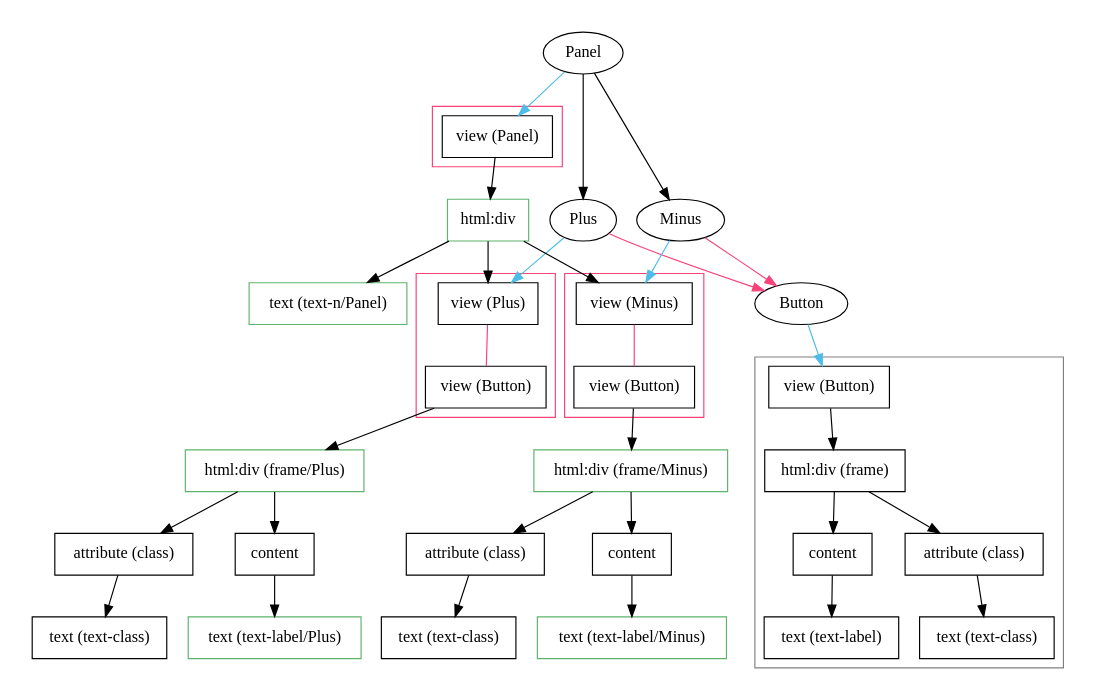
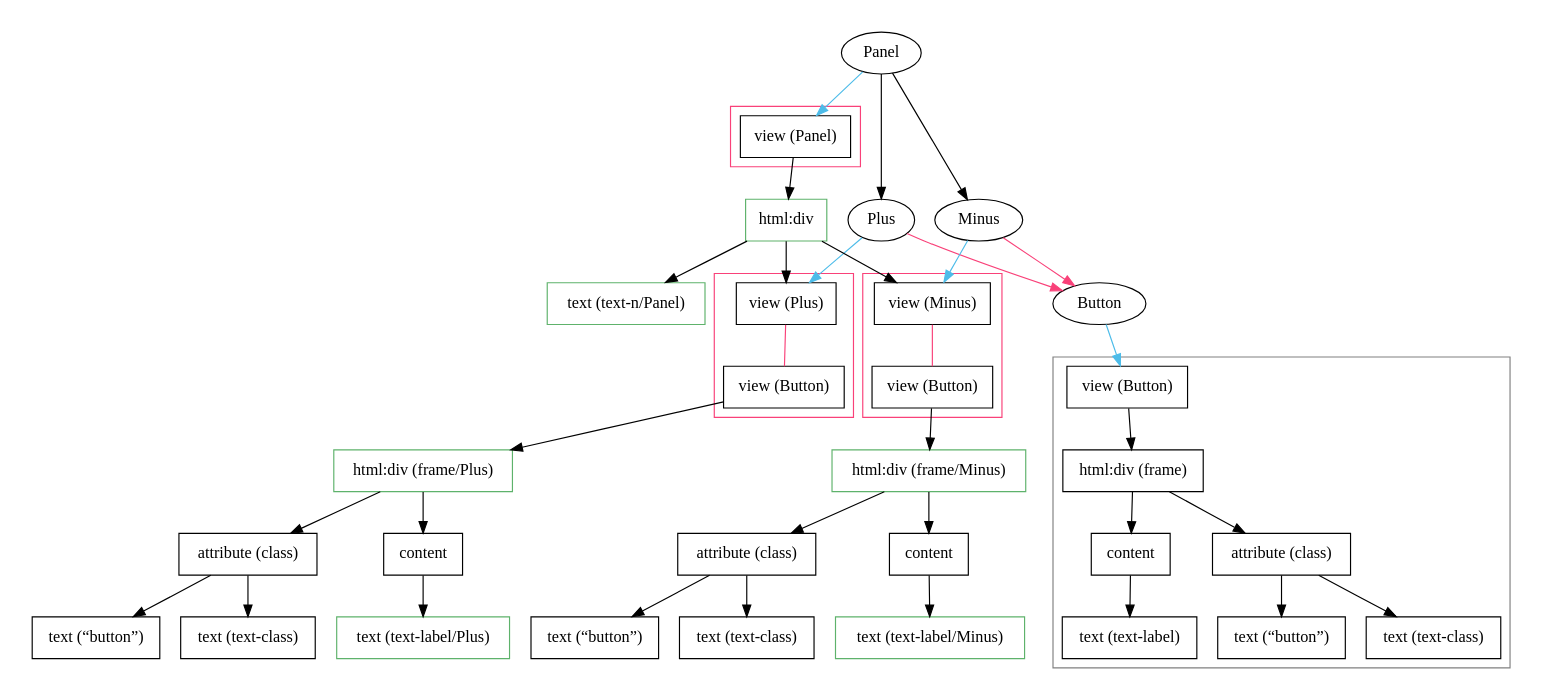
Before and after one commit to bendr/bender: the diagram in doc/fig/panel-runtime.gv, drawn with Graphviz. The commit also changed 2 other files, not shown here.

```diff
--- a/doc/fig/panel-runtime.gv
+++ b/doc/fig/panel-runtime.gv
@@ -1,85 +1,91 @@
 digraph panel {
   node [fontname="Avenir Next"];
   edge [fontname="Avenir Next"];
 
   subgraph cluster_panel {
     color="white";
     Panel [ordering=out]
     Panel -> vpanel [color="#4dbce9"]
     Panel -> Plus
     Panel -> Minus
 
     subgraph { rank=same; Plus; Minus }
 
     subgraph cluster_panel_stack { color="#f94179"; vpanel; }
     subgraph cluster_plus_stack { color="#f94179"; vplus; vbutton_; }
     subgraph cluster_minus_stack { color="#f94179"; vminus; vbutton__; }
 
     div1 [label="html:div", shape=box, color="#5eb26b"]
     vpanel [label="view (Panel)", shape=box]
     vminus [label="view (Minus)", shape=box]
     vplus [label="view (Plus)", shape=box]
     vbutton_ [label="view (Button)", shape=box]
     frame_ [label="html:div (frame/Plus)", shape=box, color="#5eb26b"]
     attr_ [label="attribute (class)", shape=box]
+    textbutton_ [label="text (“button”)", shape=box]
     textclass_ [label="text (text-class)", shape=box]
     content_ [label="content", shape=box]
     textlabel_ [label="text (text-label/Plus)", shape=box, color="#5eb26b"]
     vbutton__ [label="view (Button)", shape=box]
     frame__ [label="html:div (frame/Minus)", shape=box, color="#5eb26b"]
     attr__ [label="attribute (class)", shape=box]
+    textbutton__ [label="text (“button”)", shape=box]
     textclass__ [label="text (text-class)", shape=box]
     content__ [label="content", shape=box]
     textlabel__ [label="text (text-label/Minus)", shape=box, color="#5eb26b"]
 
     textn [label="text (text-n/Panel)", shape=box, color="#5eb26b"]
     vpanel -> div1
     div1 -> textn
     div1 -> vminus
     div1 -> vplus
 
     Plus -> vplus [color="#4dbce9"]
     Minus -> vminus [color="#4dbce9"]
 
     vplus -> vbutton_ [dir=none, color="#f94179"]
     vbutton_ -> frame_
     frame_ -> attr_
+    attr_ -> textbutton_
     attr_ -> textclass_
     frame_ -> content_
     content_ -> textlabel_
 
     vminus -> vbutton__ [dir=none, color="#f94179"]
     vbutton__ -> frame__
     frame__ -> attr__
+    attr__ -> textbutton__
     attr__ -> textclass__
     frame__ -> content__
     content__ -> textlabel__
 
   }
 
   Minus -> Button [color="#f94179"]
   Plus -> Button [color="#f94179"]
 
   subgraph cluster_button {
     color=white;
     Button -> vbutton [color="#4dbce9"]
 
     subgraph cluster_unrendered {
       color="gray";
 
       vbutton [label="view (Button)", shape=box]
       frame [label="html:div (frame)", shape=box]
       content [shape=box]
       attr [label="attribute (class)", shape=box]
+      textbutton [label="text (“button”)", shape=box]
       textclass [label="text (text-class)", shape=box]
       textlabel [label="text (text-label)", shape=box]
       vbutton -> frame
       frame -> attr
       attr -> textclass
+      attr -> textbutton
       frame -> content
       content -> textlabel
     }
 
   }
 
 }
```
